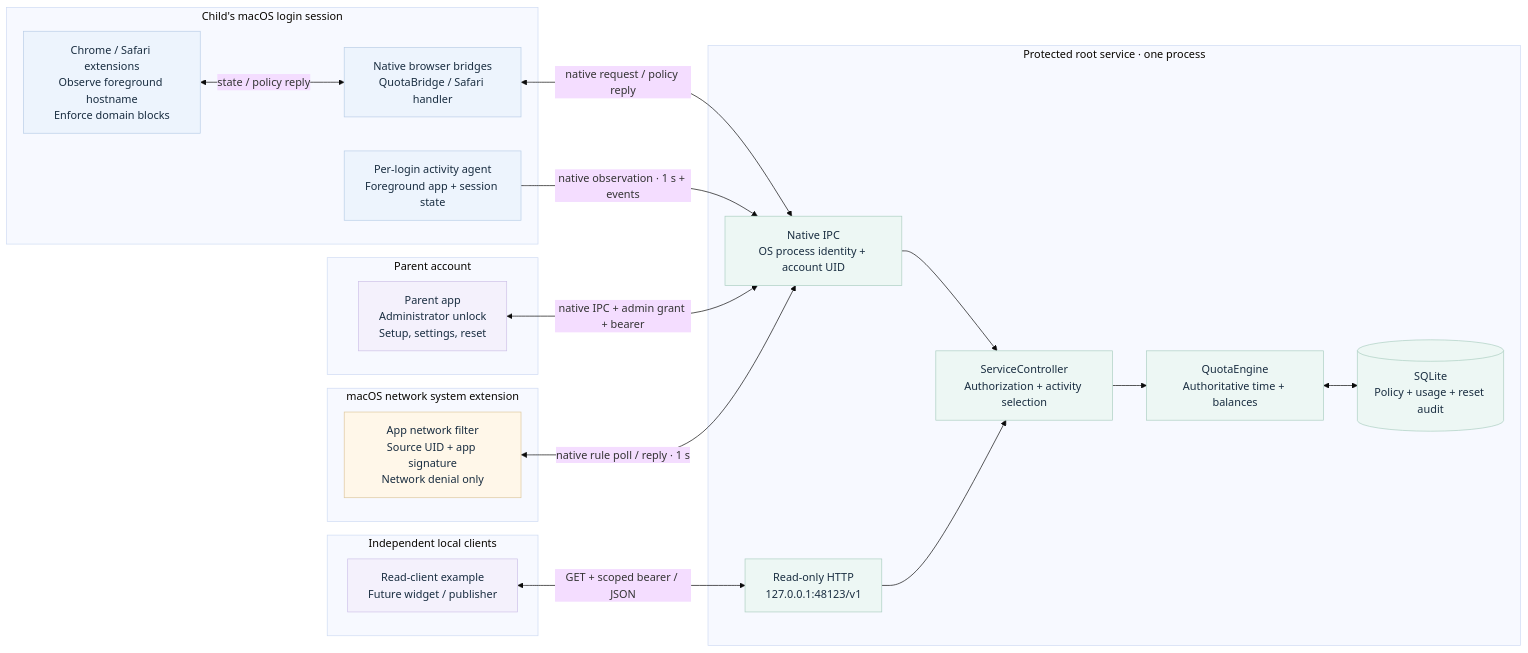
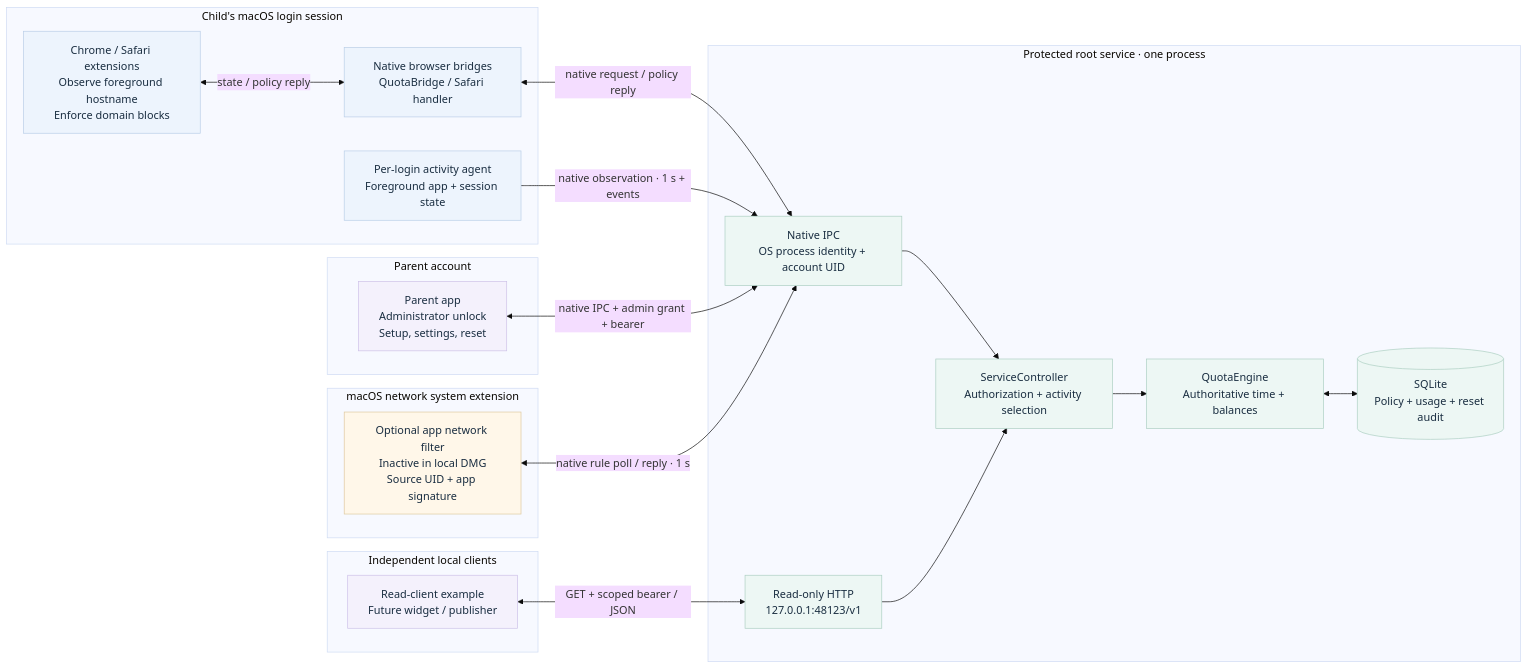
Before and after one commit to unixist/kids-quota: the diagram in docs/architecture.mmd, drawn with Mermaid (base theme). The commit also changed 31 other files, not shown here.

Commit message:
Package a local universal installer with app network filtering disabled

```diff
--- a/docs/architecture.mmd
+++ b/docs/architecture.mmd
@@ -1,46 +1,46 @@
 flowchart LR
     subgraph child["Child's macOS login session"]
         browser["Chrome / Safari extensions<br/>Observe foreground hostname<br/>Enforce domain blocks"]
         bridges["Native browser bridges<br/>QuotaBridge / Safari handler"]
         agent["Per-login activity agent<br/>Foreground app + session state"]
         browser <-->|"state / policy reply"| bridges
     end
 
     subgraph service["Protected root service · one process"]
         ipc["Native IPC<br/>OS process identity + account UID"]
         http["Read-only HTTP<br/>127.0.0.1:48123/v1"]
         controller["ServiceController<br/>Authorization + activity selection"]
         engine["QuotaEngine<br/>Authoritative time + balances"]
         db[("SQLite<br/>Policy + usage + reset audit")]
         ipc --> controller
         http --> controller
         controller --> engine
         engine <--> db
     end
 
     subgraph parent["Parent account"]
         gui["Parent app<br/>Administrator unlock<br/>Setup, settings, reset"]
     end
 
     subgraph integrations["Independent local clients"]
         readers["Read-client example<br/>Future widget / publisher"]
     end
 
     subgraph os["macOS network system extension"]
-        filter["App network filter<br/>Source UID + app signature<br/>Network denial only"]
+        filter["Optional app network filter<br/>Inactive in local DMG<br/>Source UID + app signature"]
     end
 
     bridges <-->|"native request / policy reply"| ipc
     agent -->|"native observation · 1 s + events"| ipc
     gui <-->|"native IPC + admin grant + bearer"| ipc
     readers <-->|"GET + scoped bearer / JSON"| http
     filter <-->|"native rule poll / reply · 1 s"| ipc
 
     classDef childNode fill:#edf4fd,stroke:#b9cee7,color:#192d40
     classDef serviceNode fill:#edf7f4,stroke:#accfc2,color:#192d40
     classDef parentNode fill:#f4f1fc,stroke:#cdc1e8,color:#192d40
     classDef filterNode fill:#fff7e9,stroke:#ddc89e,color:#192d40
     class browser,bridges,agent childNode
     class ipc,http,controller,engine,db serviceNode
     class gui,readers parentNode
     class filter filterNode
```
